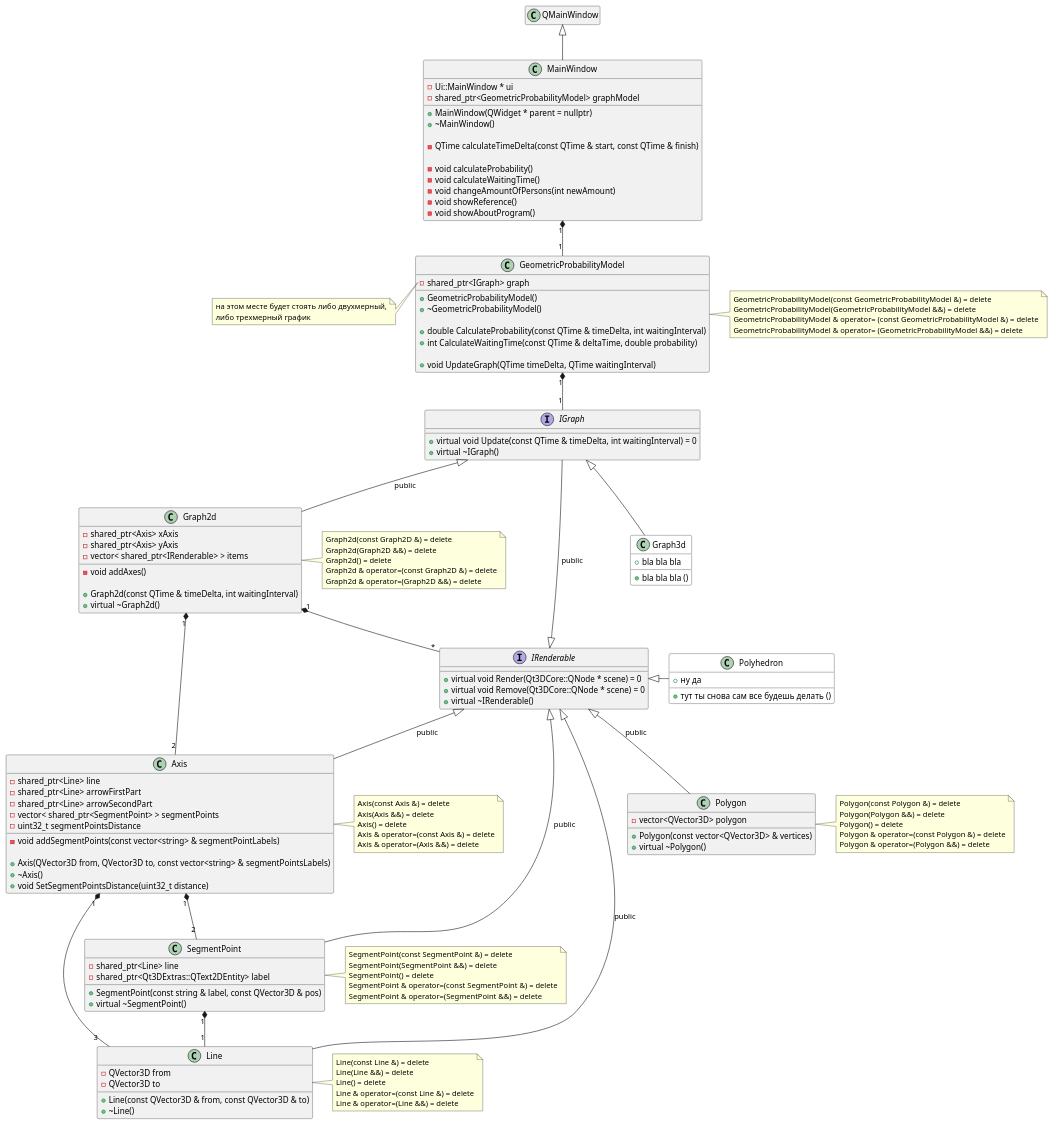
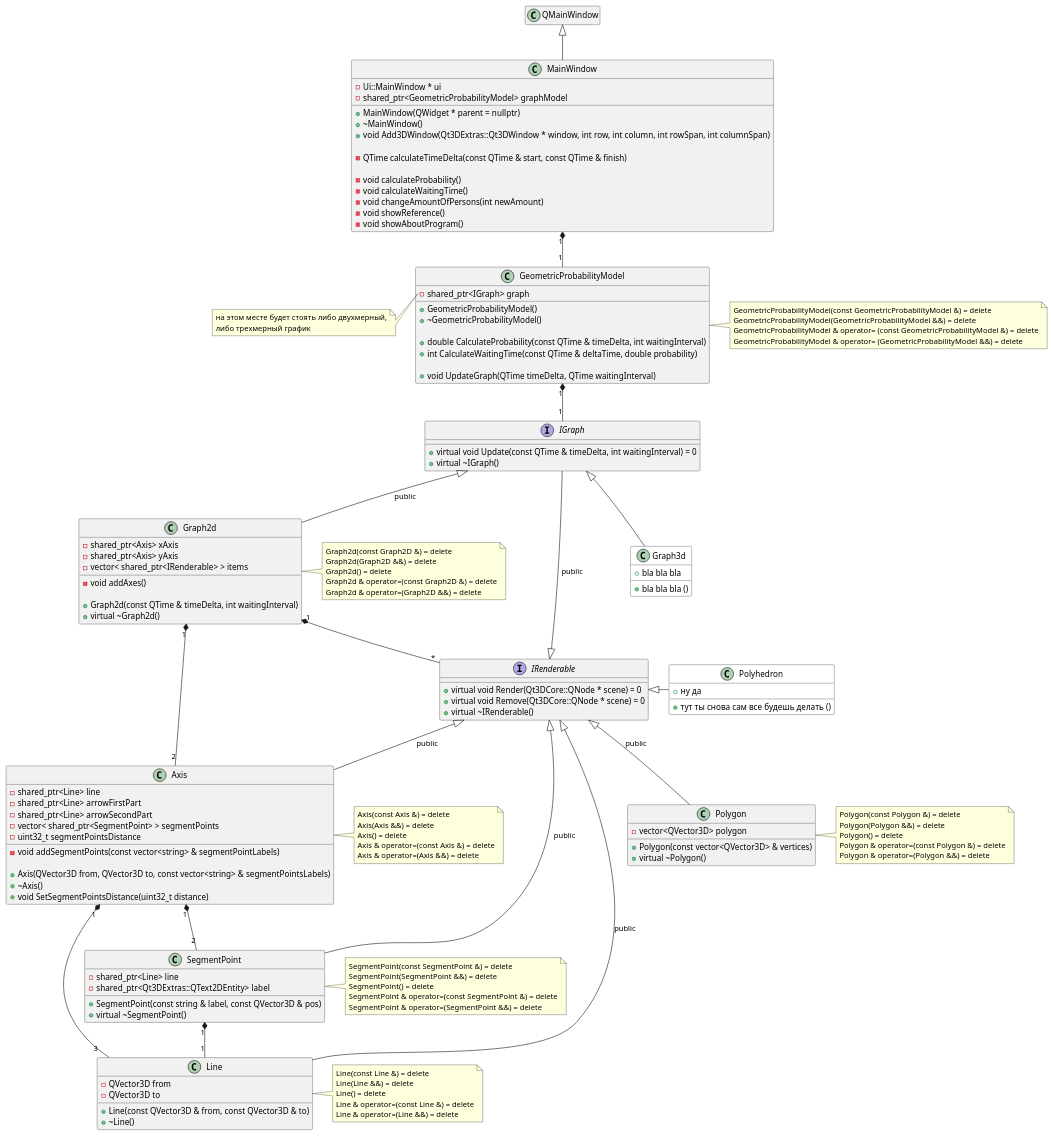
Before and after one commit to HandsAndKeyboards/AppointmentProblem: the diagram in doc/graph2d class.puml, drawn with PlantUML. The commit also changed 1 other file, not shown here.

Commit message:
добавлен метод добавления 3д окна на форму (класс MainWindow)

```diff
--- a/doc/graph2d class.puml
+++ b/doc/graph2d class.puml
@@ -1,191 +1,192 @@
 @startuml 
 
 'https://plantuml.com/class-diagram
 
 class MainWindow {
     - Ui::MainWindow * ui
     - shared_ptr<GeometricProbabilityModel> graphModel
 
     + MainWindow(QWidget * parent = nullptr)
     + ~MainWindow()
+    + void Add3DWindow(Qt3DExtras::Qt3DWindow * window, int row, int column, int rowSpan, int columnSpan)
 
     - QTime calculateTimeDelta(const QTime & start, const QTime & finish)
 
     - void calculateProbability()
     - void calculateWaitingTime()
     - void changeAmountOfPersons(int newAmount)
     - void showReference()
     - void showAboutProgram()
 }
 QMainWindow <|-- MainWindow
 hide QMainWindow members
 
 
 
 class GeometricProbabilityModel {
     - shared_ptr<IGraph> graph
 
     + GeometricProbabilityModel()
     + ~GeometricProbabilityModel()
 
     + double CalculateProbability(const QTime & timeDelta, int waitingInterval)
     + int CalculateWaitingTime(const QTime & deltaTime, double probability)
 
     + void UpdateGraph(QTime timeDelta, QTime waitingInterval)
 }
 MainWindow "1" *-- "1" GeometricProbabilityModel
 note left of GeometricProbabilityModel::"graph"
     на этом месте будет стоять либо двухмерный,
     либо трехмерный график
 end note
 note right of GeometricProbabilityModel
     GeometricProbabilityModel(const GeometricProbabilityModel &) = delete
     GeometricProbabilityModel(GeometricProbabilityModel &&) = delete
     GeometricProbabilityModel & operator= (const GeometricProbabilityModel &) = delete
     GeometricProbabilityModel & operator= (GeometricProbabilityModel &&) = delete
 end note
 
 
 
 interface IGraph {
     + virtual void Update(const QTime & timeDelta, int waitingInterval) = 0
     + virtual ~IGraph()
 }
 IRenderable <|-- IGraph : public
 GeometricProbabilityModel "1" *-- "1" IGraph
 note left of IGraph::"mainFigure"
     основная фигура, характеризующая
     геометрическую вероятность
 end note
 note left of IGraph::"boundingFigure"
     фигура, ограничивающая основную
 end note
 
 
 
 class Graph2d {
     - shared_ptr<Axis> xAxis
     - shared_ptr<Axis> yAxis
     - vector< shared_ptr<IRenderable> > items
 
     - void addAxes()
 
     + Graph2d(const QTime & timeDelta, int waitingInterval)
     + virtual ~Graph2d()
 }
 IGraph <|-- Graph2d : public
 note right of Graph2d
     Graph2d(const Graph2D &) = delete
     Graph2d(Graph2D &&) = delete
     Graph2d() = delete
     Graph2d & operator=(const Graph2D &) = delete
     Graph2d & operator=(Graph2D &&) = delete
 end note
 
 
 
 class Graph3d #white { /' #white окрашивает объект в белый цвет '/
     + bla bla bla
     + bla bla bla ()
 }
 IGraph <|-- Graph3d
 
 
 
 class Axis {
     - shared_ptr<Line> line
     - shared_ptr<Line> arrowFirstPart
     - shared_ptr<Line> arrowSecondPart
     - vector< shared_ptr<SegmentPoint> > segmentPoints
     - uint32_t segmentPointsDistance
 
     - void addSegmentPoints(const vector<string> & segmentPointLabels)
 
     + Axis(QVector3D from, QVector3D to, const vector<string> & segmentPointsLabels)
     + ~Axis()
     + void SetSegmentPointsDistance(uint32_t distance)
 }
 IRenderable <|-- Axis : public
 Graph2d "1" *-- "2" Axis
 note right of Axis
     Axis(const Axis &) = delete
     Axis(Axis &&) = delete
     Axis() = delete
     Axis & operator=(const Axis &) = delete
     Axis & operator=(Axis &&) = delete
 end note
 
 
 
 class SegmentPoint {
     - shared_ptr<Line> line
     - shared_ptr<Qt3DExtras::QText2DEntity> label
 
     + SegmentPoint(const string & label, const QVector3D & pos)
     + virtual ~SegmentPoint()
 }
 IRenderable <|-- SegmentPoint : public
 Axis "1" *-- "2" SegmentPoint
 note right of SegmentPoint
     SegmentPoint(const SegmentPoint &) = delete
     SegmentPoint(SegmentPoint &&) = delete
     SegmentPoint() = delete
     SegmentPoint & operator=(const SegmentPoint &) = delete
     SegmentPoint & operator=(SegmentPoint &&) = delete
 end note
 
 
 
 class Polygon {
     - vector<QVector3D> polygon
 
     + Polygon(const vector<QVector3D> & vertices)
     + virtual ~Polygon()
 }
 IRenderable <|-- Polygon : public
 note right of Polygon
     Polygon(const Polygon &) = delete
     Polygon(Polygon &&) = delete
     Polygon() = delete
     Polygon & operator=(const Polygon &) = delete
     Polygon & operator=(Polygon &&) = delete
 end note
 
 
 
 class Polyhedron #white { /' #white окрашивает объект в белый цвет '/
     + ну да
     + тут ты снова сам все будешь делать ()
 }
 IRenderable <|- Polyhedron
 
 
 
 interface IRenderable {
     + virtual void Render(Qt3DCore::QNode * scene) = 0
     + virtual void Remove(Qt3DCore::QNode * scene) = 0
     + virtual ~IRenderable()
 }
 IGraph -[hidden]- IRenderable
 Graph2d "1" *-- "*" IRenderable
 
 
 class Line {
     - QVector3D from
     - QVector3D to
 
     + Line(const QVector3D & from, const QVector3D & to)
     + ~Line()
 }
 IRenderable <|-- Line : public
 SegmentPoint "1" *-- "1" Line
 Axis "1" *-- "3" Line
 note right of Line
     Line(const Line &) = delete
     Line(Line &&) = delete
     Line() = delete
     Line & operator=(const Line &) = delete
     Line & operator=(Line &&) = delete
 end note
 
 @enduml
```
